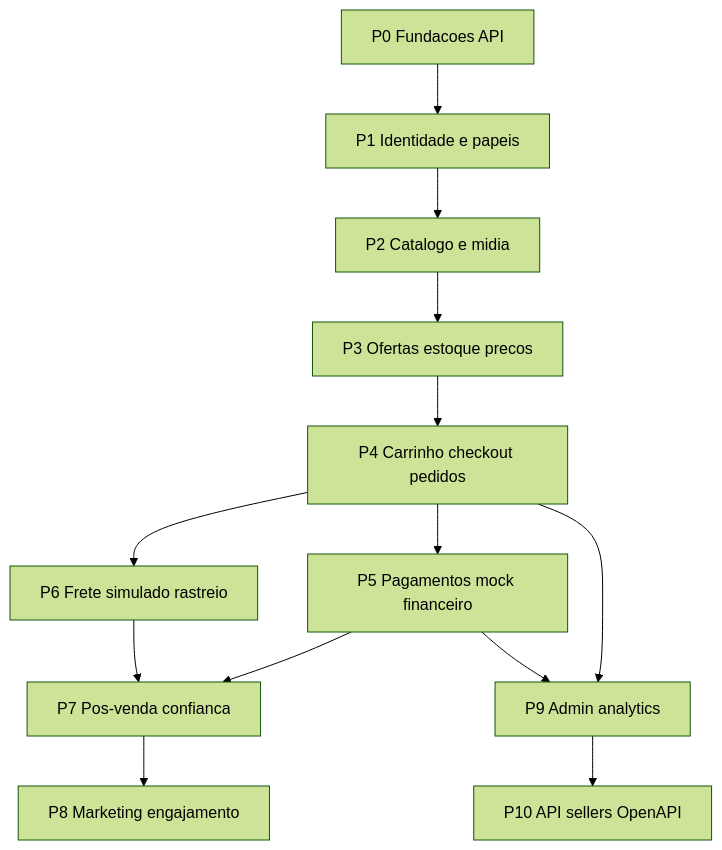
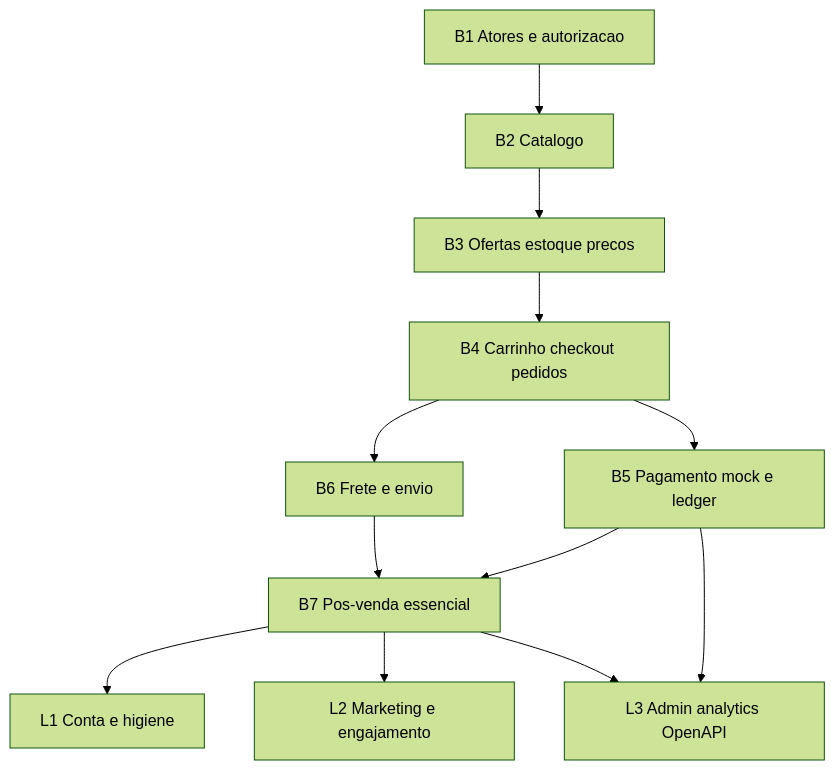
One commit to Victor-Hug0/marketplace-php changed the diagram in docs/roadmap-implementacao-api.md. Above: the diagram before and after it, drawn with Mermaid (forest theme). The commit also changed other lines of this file and 5 other files, not shown here.

````diff
--- a/docs/roadmap-implementacao-api.md
+++ b/docs/roadmap-implementacao-api.md
@@ -62,23 +91,23 @@
 ```mermaid
 flowchart TD
-  P0[P0 Fundacoes API]
-  P1[P1 Identidade e papeis]
-  P2[P2 Catalogo e midia]
-  P3[P3 Ofertas estoque precos]
-  P4[P4 Carrinho checkout pedidos]
-  P5[P5 Pagamentos mock financeiro]
-  P6[P6 Frete simulado rastreio]
-  P7[P7 Pos-venda confianca]
-  P8[P8 Marketing engajamento]
-  P9[P9 Admin analytics]
-  P10[P10 API sellers OpenAPI]
-  P0 --> P1 --> P2 --> P3 --> P4
-  P4 --> P5
-  P4 --> P6
-  P5 --> P7
-  P6 --> P7
-  P7 --> P8
-  P4 --> P9
-  P5 --> P9
-  P9 --> P10
+  B1[B1 Atores e autorizacao]
+  B2[B2 Catalogo]
+  B3[B3 Ofertas estoque precos]
+  B4[B4 Carrinho checkout pedidos]
+  B5[B5 Pagamento mock e ledger]
+  B6[B6 Frete e envio]
+  B7[B7 Pos-venda essencial]
+  L1[L1 Conta e higiene]
+  L2[L2 Marketing e engajamento]
+  L3[L3 Admin analytics OpenAPI]
+
+  B1 --> B2 --> B3 --> B4
+  B4 --> B5
+  B4 --> B6
+  B5 --> B7
+  B6 --> B7
+  B7 --> L1
+  B7 --> L2
+  B5 --> L3
+  B7 --> L3
 ```
````
